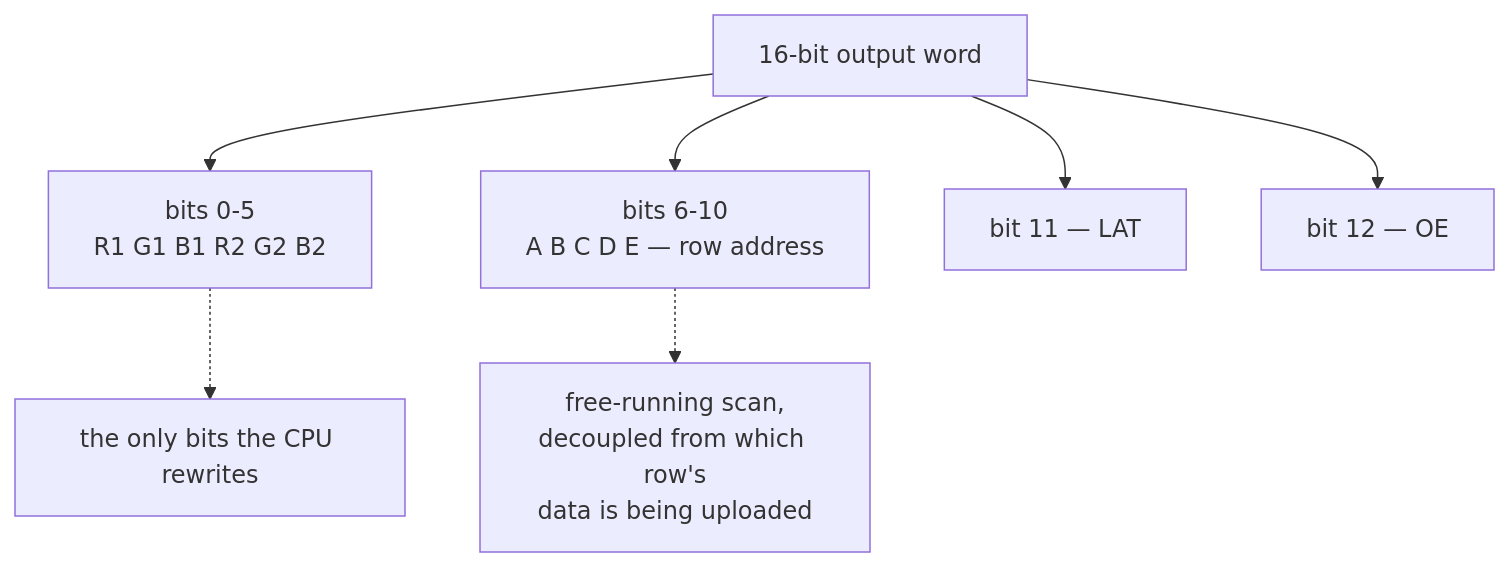
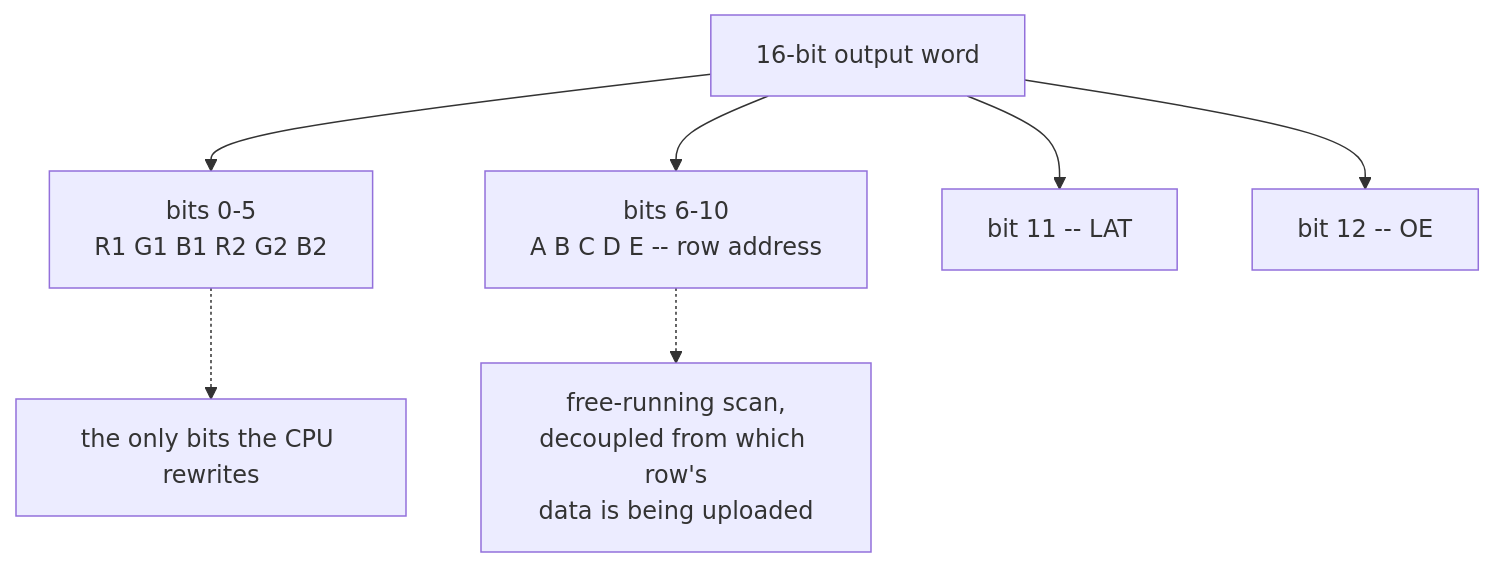
Before and after one commit to cuneytozseker/esp32-spwm-hub75: the fifth of 5 diagrams in docs/ARCHITECTURE.md, drawn with Mermaid. The commit also changed other lines of this file and 1 other file, not shown here.

````diff
--- a/docs/ARCHITECTURE.md
+++ b/docs/ARCHITECTURE.md
@@ -148,10 +148,10 @@
 ```mermaid
 flowchart TD
     W["16-bit output word"]
     W --> D["bits 0-5<br/>R1 G1 B1 R2 G2 B2"]
-    W --> R["bits 6-10<br/>A B C D E — row address"]
-    W --> L["bit 11 — LAT"]
-    W --> O["bit 12 — OE"]
+    W --> R["bits 6-10<br/>A B C D E -- row address"]
+    W --> L["bit 11 -- LAT"]
+    W --> O["bit 12 -- OE"]
     D -.-> N1["the only bits the CPU rewrites"]
     R -.-> N2["free-running scan,<br/>decoupled from which row's<br/>data is being uploaded"]
 ```
````
